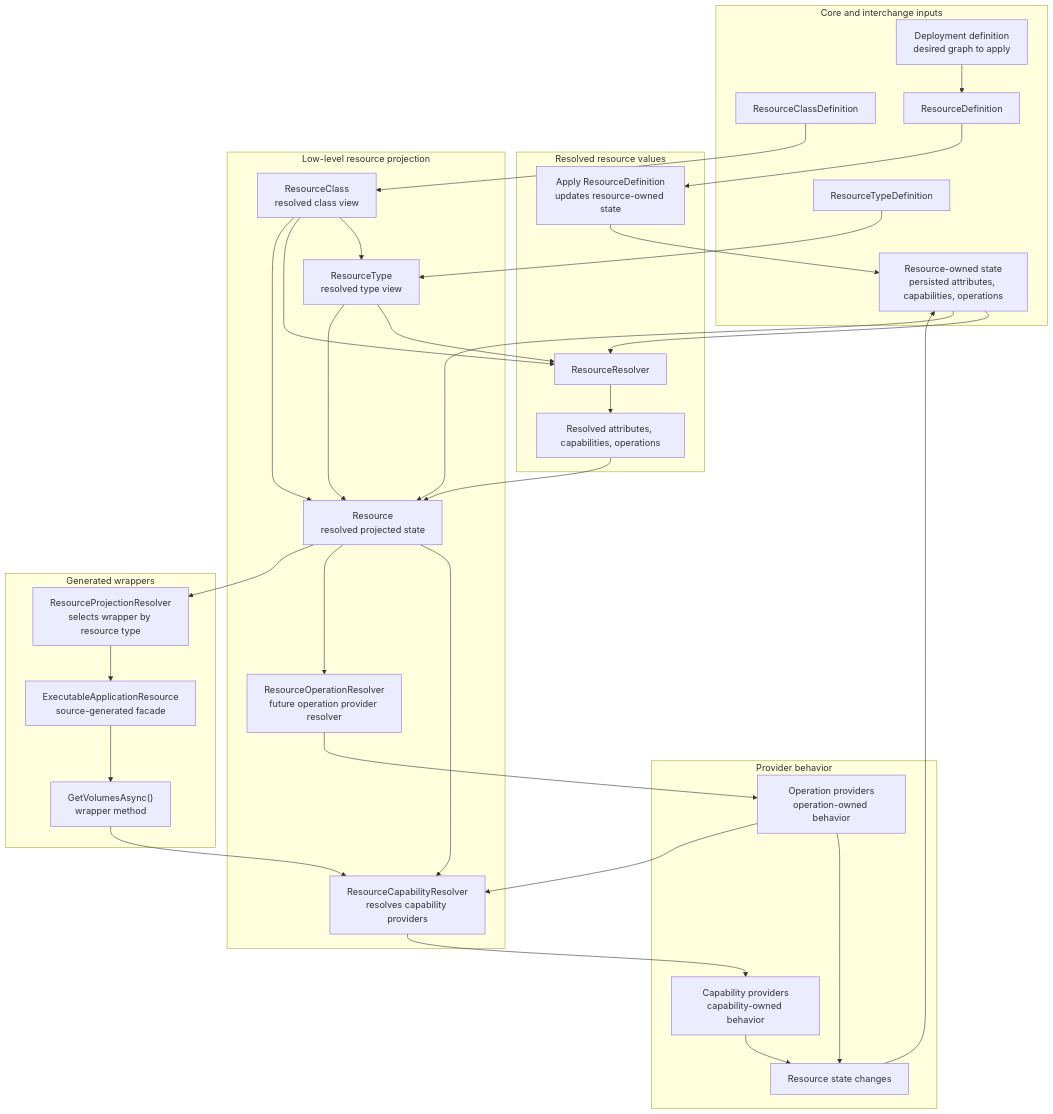
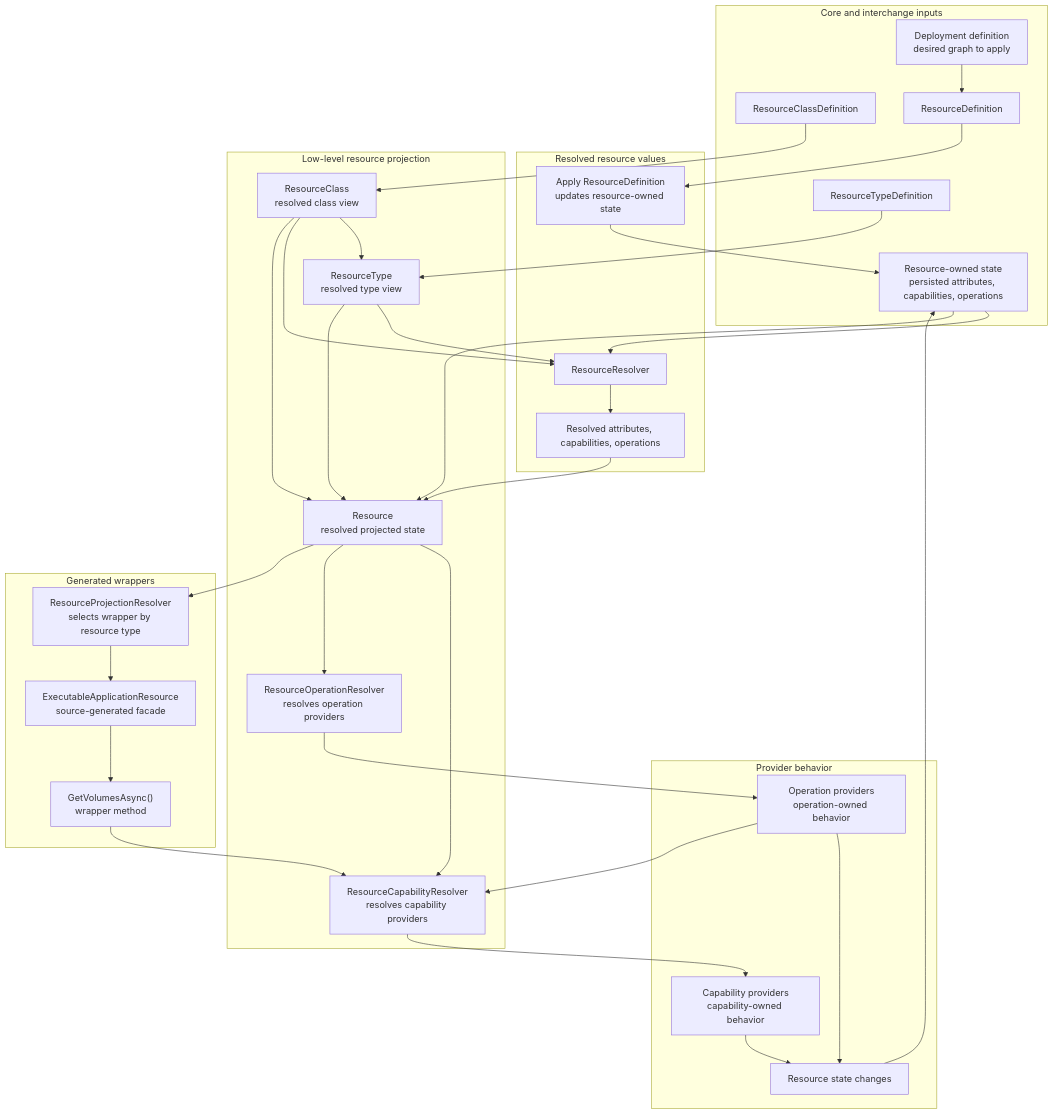
Before and after one commit to marinasundstrom/CloudShell: the second of 4 diagrams in docs/proposals/core/resource-definitions-and-capability-providers.md, drawn with Mermaid. The commit also changed other lines of this file and 7 other files, not shown here.

````diff
--- a/docs/proposals/core/resource-definitions-and-capability-providers.md
+++ b/docs/proposals/core/resource-definitions-and-capability-providers.md
@@ -625,60 +636,60 @@
 ```mermaid
 flowchart TD
     subgraph definitions [Core and interchange inputs]
         deploymentDefinition["Deployment definition<br/>desired graph to apply"]
         resourceClassDefinition["ResourceClassDefinition"]
         typeDef["ResourceTypeDefinition"]
         resourceDef["ResourceDefinition"]
         resourceState["Resource-owned state<br/>persisted attributes, capabilities, operations"]
     end
 
     subgraph resolvedLayer [Resolved resource values]
         resolver["ResourceResolver"]
         resolved["Resolved attributes, capabilities, operations"]
         applyDefinition["Apply ResourceDefinition<br/>updates resource-owned state"]
     end
 
     subgraph behaviorLayer [Provider behavior]
         capabilityProviders["Capability providers<br/>capability-owned behavior"]
         operationProviders["Operation providers<br/>operation-owned behavior"]
         resourceChanges["Resource state changes"]
     end
 
     subgraph resourceViewLayer [Low-level resource projection]
         resource["Resource<br/>resolved projected state"]
         resourceClass["ResourceClass<br/>resolved class view"]
         resourceType["ResourceType<br/>resolved type view"]
         capabilityResolver["ResourceCapabilityResolver<br/>resolves capability providers"]
-        operationResolver["ResourceOperationResolver<br/>future operation provider resolver"]
+        operationResolver["ResourceOperationResolver<br/>resolves operation providers"]
     end
 
     subgraph wrapperLayer [Generated wrappers]
         projectionResolver["ResourceProjectionResolver<br/>selects wrapper by resource type"]
         wrapper["ExecutableApplicationResource<br/>source-generated facade"]
         method["GetVolumesAsync()<br/>wrapper method"]
     end
 
     deploymentDefinition --> resourceDef --> applyDefinition --> resourceState
     resourceClassDefinition --> resourceClass
     typeDef --> resourceType
     resourceClass --> resourceType
     resourceClass --> resolver
     resourceType --> resolver
     resourceState --> resolver
     resolver --> resolved --> resource
     resourceClass --> resource
     resourceType --> resource
     resourceState --> resource
 
     resource --> capabilityResolver
     resource --> operationResolver
     capabilityResolver --> capabilityProviders
     operationResolver --> operationProviders
     capabilityProviders --> resourceChanges
     operationProviders --> resourceChanges
     resourceChanges --> resourceState
 
     resource --> projectionResolver --> wrapper --> method
     method --> capabilityResolver
     operationProviders --> capabilityResolver
 ```
````
